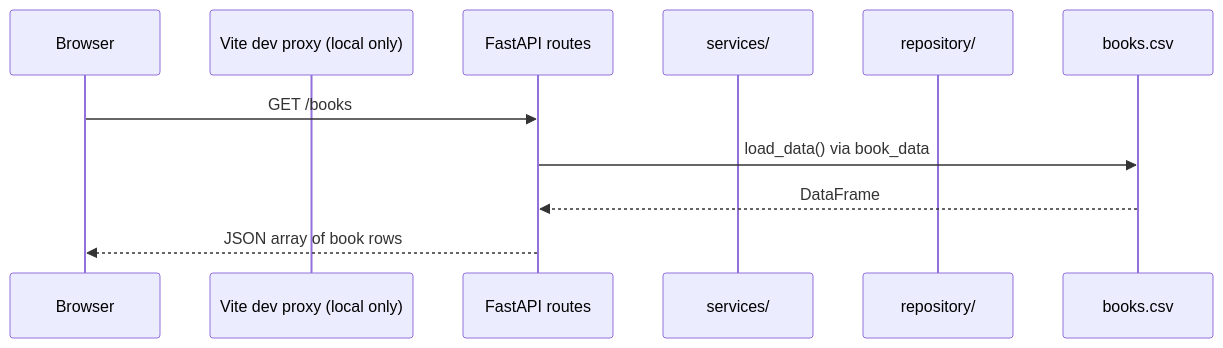
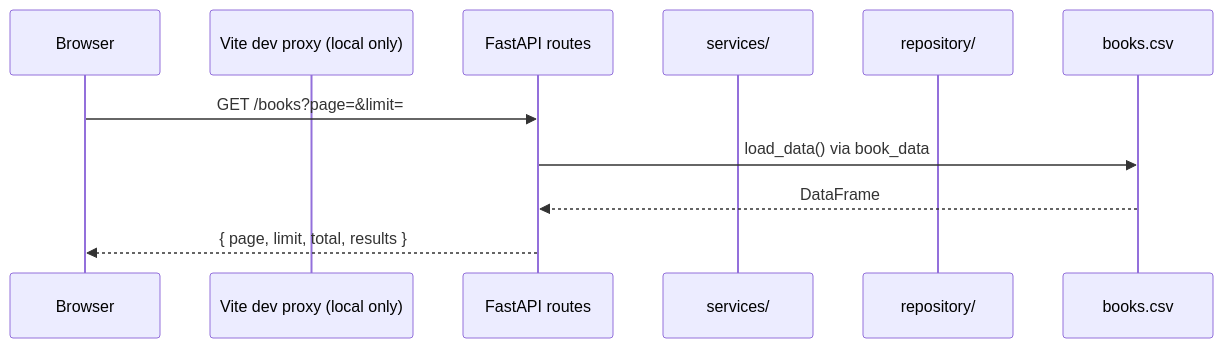
Before and after one commit to tranguyeenn/shelftxt: the first of 3 diagrams in docs/system-design/architecture-overview.md, drawn with Mermaid. The commit also changed other lines of this file and 8 other files, not shown here.

Commit message:
docs: document paginated GET /books across architecture guides

````diff
--- a/docs/system-design/architecture-overview.md
+++ b/docs/system-design/architecture-overview.md
@@ -63,14 +63,14 @@
 ```mermaid
 sequenceDiagram
   participant Browser
   participant Vite as Vite dev proxy (local only)
   participant API as FastAPI routes
   participant Svc as services/
   participant Repo as repository/
   participant CSV as books.csv
 
-  Browser->>API: GET /books
+  Browser->>API: GET /books?page=&limit=
   API->>CSV: load_data() via book_data
   CSV-->>API: DataFrame
-  API-->>Browser: JSON array of book rows
+  API-->>Browser: { page, limit, total, results }
 ```
````
